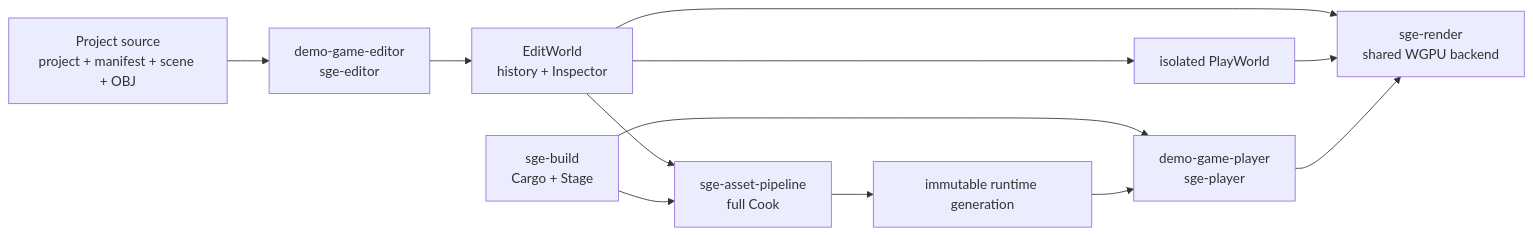
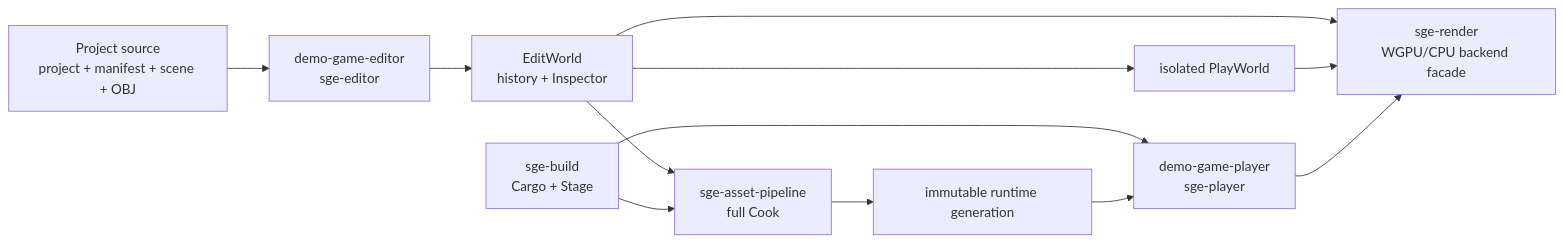
Before and after one commit to MRNIU/SimpleGameEngine: the first of 2 diagrams in docs/architecture/overview.md, drawn with Mermaid. The commit also changed other lines of this file and 28 other files, not shown here.

First line of the commit message:
feat(render): 实现可切换的 WGPU/CPU 双后端

````diff
--- a/docs/architecture/overview.md
+++ b/docs/architecture/overview.md
@@ -16,23 +16,23 @@
 ```mermaid
 flowchart LR
     Source["Project source<br/>project + manifest + scene + OBJ"]
     Editor["demo-game-editor<br/>sge-editor"]
     Edit["EditWorld<br/>history + Inspector"]
     Play["isolated PlayWorld"]
     Cook["sge-asset-pipeline<br/>full Cook"]
     Build["sge-build<br/>Cargo + Stage"]
     Runtime["immutable runtime generation"]
     Player["demo-game-player<br/>sge-player"]
-    Render["sge-render<br/>shared WGPU backend"]
+    Render["sge-render<br/>WGPU/CPU backend facade"]
 
     Source --> Editor --> Edit
     Edit --> Play
     Edit --> Cook
     Cook --> Runtime
     Build --> Cook
     Build --> Player
     Runtime --> Player
     Edit --> Render
     Play --> Render
     Player --> Render
 ```
````
